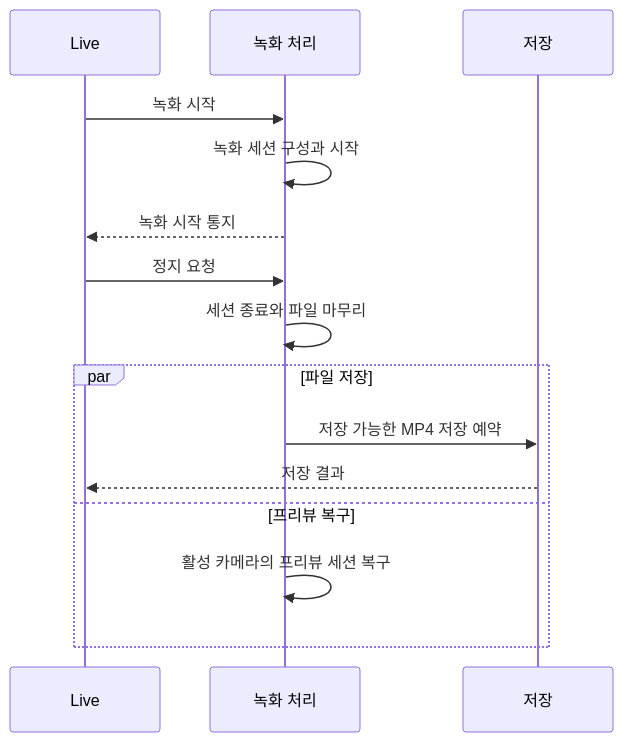
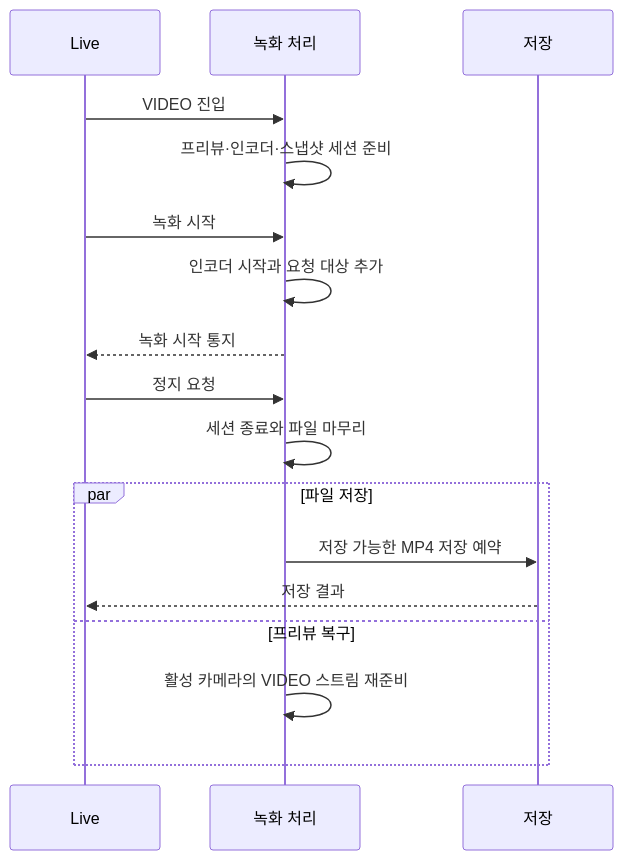
One commit to TTolsun/hal-camera changed the fourth of 6 diagrams in guide/_content/engine/camera2.md. Above: the diagram before and after it, drawn with Mermaid. The commit also changed other lines of this file and 72 other files, not shown here.

````diff
--- a/guide/_content/engine/camera2.md
+++ b/guide/_content/engine/camera2.md
@@ -262,17 +262,19 @@
 ```mermaid
 sequenceDiagram
     participant U as Live
     participant R as 녹화 처리
     participant S as 저장
+    U->>R: VIDEO 진입
+    R->>R: 프리뷰·인코더·스냅샷 세션 준비
     U->>R: 녹화 시작
-    R->>R: 녹화 세션 구성과 시작
+    R->>R: 인코더 시작과 요청 대상 추가
     R-->>U: 녹화 시작 통지
     U->>R: 정지 요청
     R->>R: 세션 종료와 파일 마무리
     par 파일 저장
         R->>S: 저장 가능한 MP4 저장 예약
         S-->>U: 저장 결과
     and 프리뷰 복구
-        R->>R: 활성 카메라의 프리뷰 세션 복구
+        R->>R: 활성 카메라의 VIDEO 스트림 재준비
     end
 ```
````
